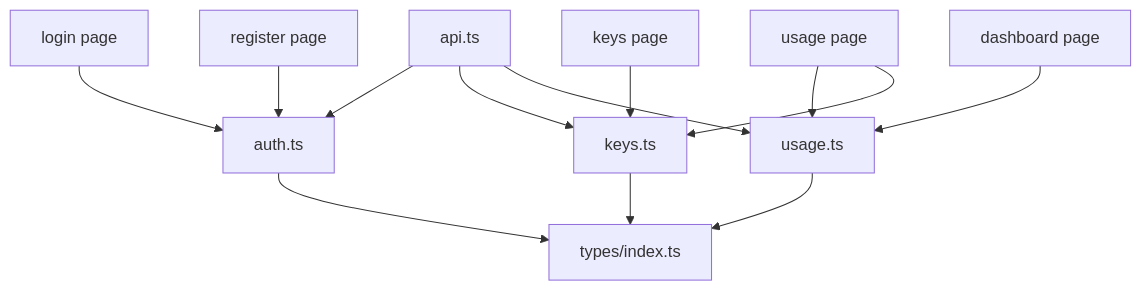
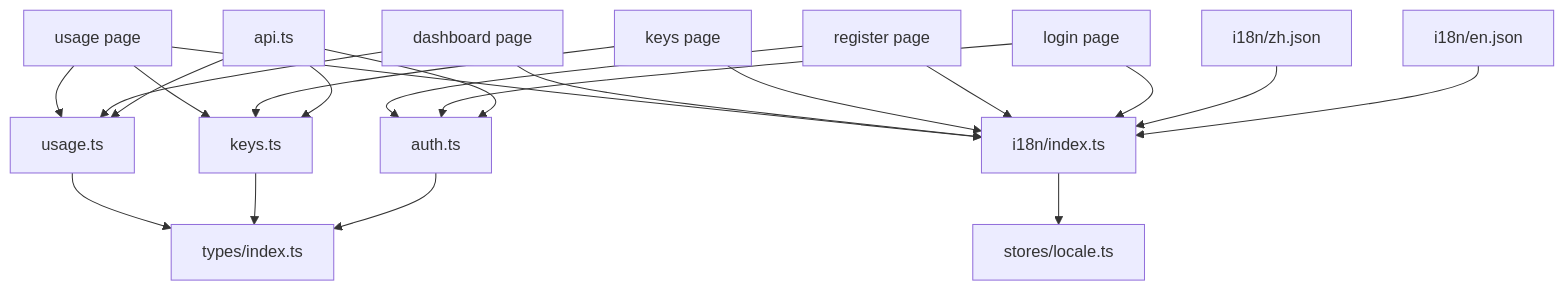
Before and after one commit to Zekiwest/sub2api-web: the diagram in src/lib/_dir.md, drawn with Mermaid. The commit also changed other lines of this file and 25 other files, not shown here.

````diff
--- a/src/lib/_dir.md
+++ b/src/lib/_dir.md
@@ -52,17 +60,26 @@
 ```mermaid
 graph TD
     API[api.ts] --> AUTH[auth.ts]
     API --> KEYS[keys.ts]
     API --> USAGE[usage.ts]
     
     AUTH --> T[types/index.ts]
     KEYS --> T
     USAGE --> T
     
+    I18N[i18n/index.ts] --> LS[stores/locale.ts]
+    EN[i18n/en.json] --> I18N
+    ZH[i18n/zh.json] --> I18N
+    
     LP[login page] --> AUTH
+    LP --> I18N
     RP[register page] --> AUTH
+    RP --> I18N
     KP[keys page] --> KEYS
+    KP --> I18N
     DP[dashboard page] --> USAGE
+    DP --> I18N
     UP[usage page] --> USAGE
     UP --> KEYS
+    UP --> I18N
 ```
````
